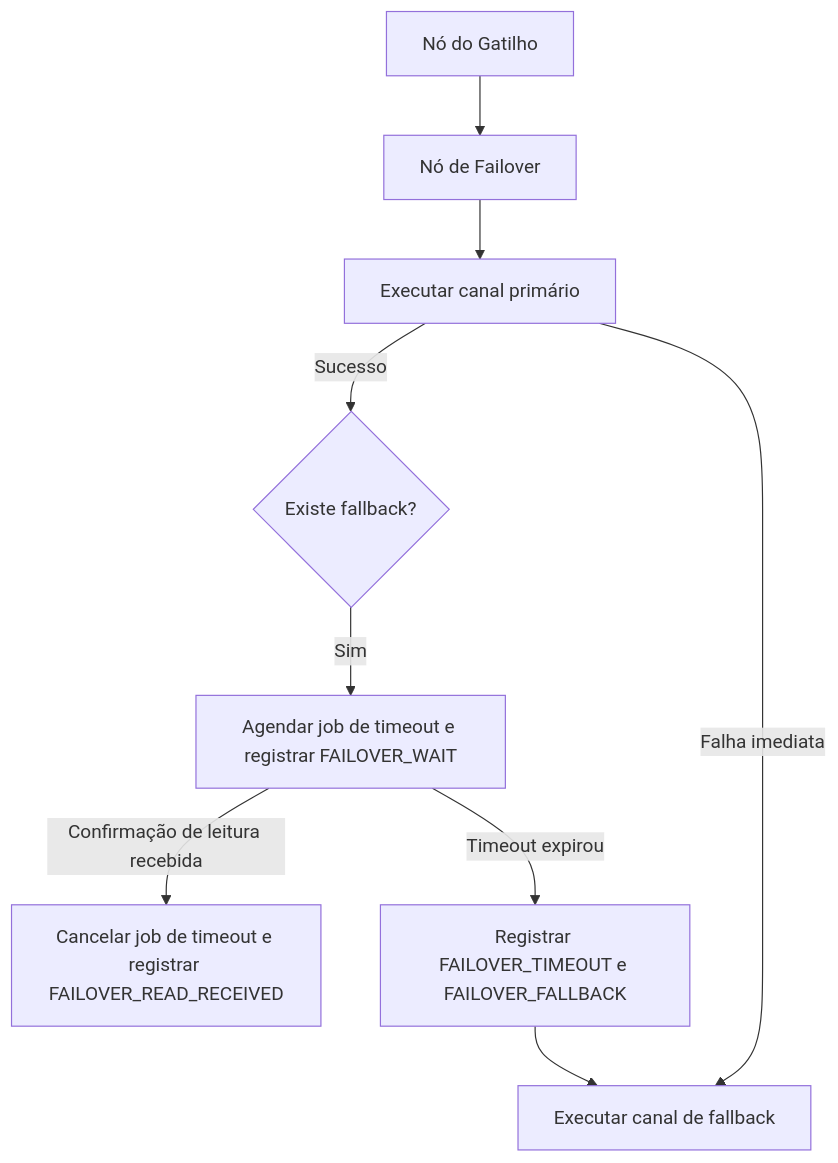
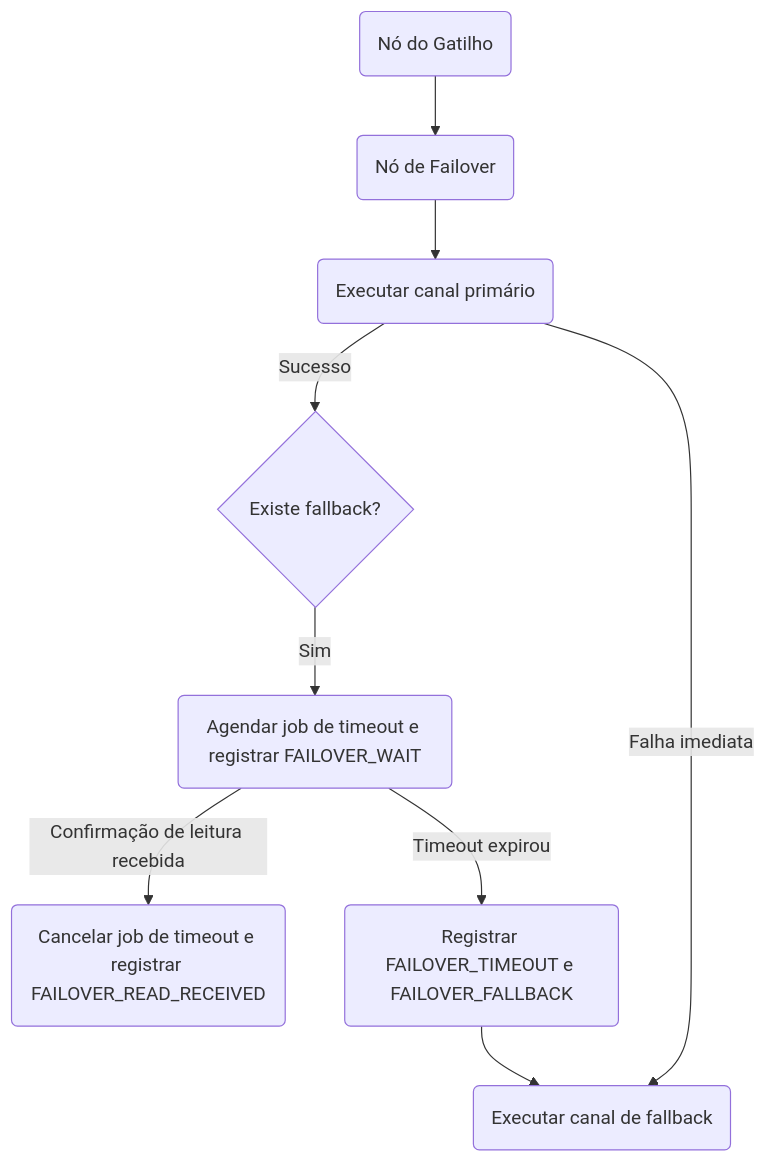
Before and after one commit to KriyanshKhunt/nexus_docs: the diagram in content/docs/pt/platform/features/failover.mdx, drawn with Mermaid. The commit also changed 20 other files, not shown here.

Commit message:
Handle pt Mermaid charts

````diff
--- a/content/docs/pt/platform/features/failover.mdx
+++ b/content/docs/pt/platform/features/failover.mdx
@@ -10,11 +10,11 @@
 ```mermaid
 flowchart TD
-  Trigger[Nó do Gatilho] --> FailoverNode[Nó de Failover]
-  FailoverNode --> Primary[Executar canal primário]
+  Trigger(Nó do Gatilho) --> FailoverNode(Nó de Failover)
+  FailoverNode --> Primary(Executar canal primário)
   Primary -->|Sucesso| Check{Existe fallback?}
-  Primary -->|Falha imediata| RunFallback[Executar canal de fallback]
-  Check -->|Sim| Wait[Agendar job de timeout e registrar FAILOVER_WAIT]
-  Wait -->|Confirmação de leitura recebida| Cancel[Cancelar job de timeout e registrar FAILOVER_READ_RECEIVED]
-  Wait -->|Timeout expirou| Timeout[Registrar FAILOVER_TIMEOUT e FAILOVER_FALLBACK]
+  Primary -->|Falha imediata| RunFallback(Executar canal de fallback)
+  Check -->|Sim| Wait(Agendar job de timeout e registrar FAILOVER_WAIT)
+  Wait -->|Confirmação de leitura recebida| Cancel(Cancelar job de timeout e registrar FAILOVER_READ_RECEIVED)
+  Wait -->|Timeout expirou| Timeout(Registrar FAILOVER_TIMEOUT e FAILOVER_FALLBACK)
   Timeout --> RunFallback
 ```
````
